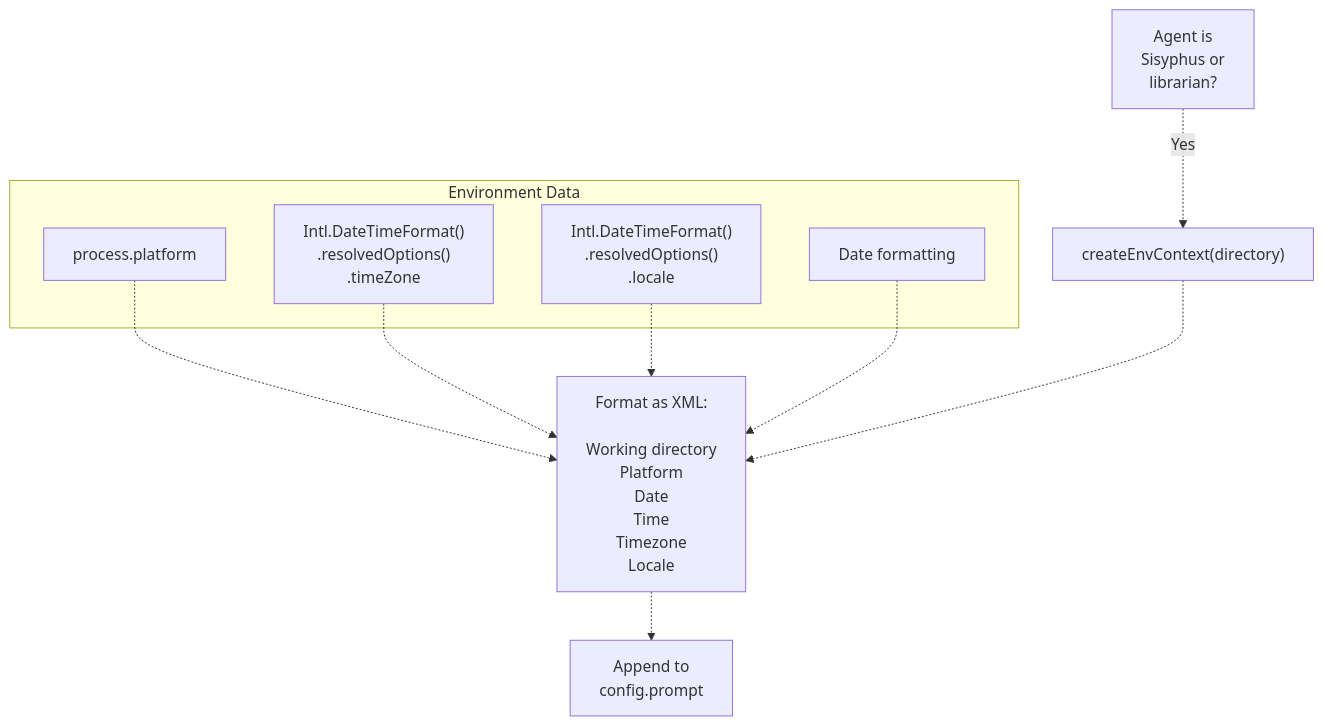
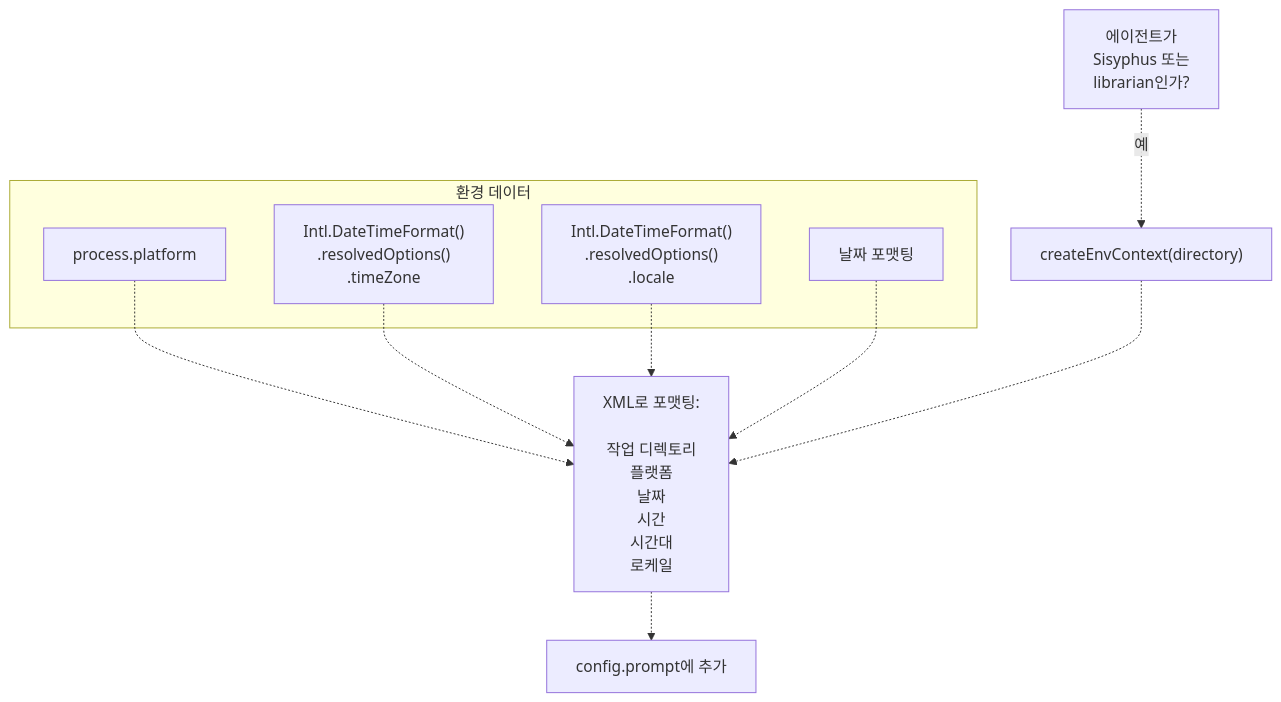
Before and after one commit to felipetruman/oh-my-opencode-docs: the fourth of 5 diagrams in docs/agents/agent-system.md, drawn with Mermaid. The commit also changed other lines of this file and 76 other files, not shown here.

````diff
--- a/docs/agents/agent-system.md
+++ b/docs/agents/agent-system.md
@@ -272,27 +264,27 @@
 ```mermaid
 flowchart TD
 
-AgentCheck["Agent is<br>Sisyphus or<br>librarian?"]
+AgentCheck["에이전트가<br>Sisyphus 또는<br>librarian인가?"]
 CreateEnv["createEnvContext(directory)"]
 Platform["process.platform"]
 Timezone["Intl.DateTimeFormat()<br>.resolvedOptions()<br>.timeZone"]
 Locale["Intl.DateTimeFormat()<br>.resolvedOptions()<br>.locale"]
-DateTime["Date formatting"]
-Format["Format as XML:<br><br>Working directory<br>Platform<br>Date<br>Time<br>Timezone<br>Locale<br>"]
-Append["Append to<br>config.prompt"]
+DateTime["날짜 포맷팅"]
+Format["XML로 포맷팅:<br><br>작업 디렉토리<br>플랫폼<br>날짜<br>시간<br>시간대<br>로케일<br>"]
+Append["config.prompt에 추가"]
 
-AgentCheck -.->|"Yes"| CreateEnv
+AgentCheck -.->|"예"| CreateEnv
 Platform -.-> Format
 Timezone -.-> Format
 Locale -.-> Format
 DateTime -.-> Format
 CreateEnv -.-> Format
 Format -.-> Append
 
-subgraph subGraph0 ["Environment Data"]
+subgraph subGraph0 ["환경 데이터"]
     Platform
     Timezone
     Locale
     DateTime
 end
 ```
````
